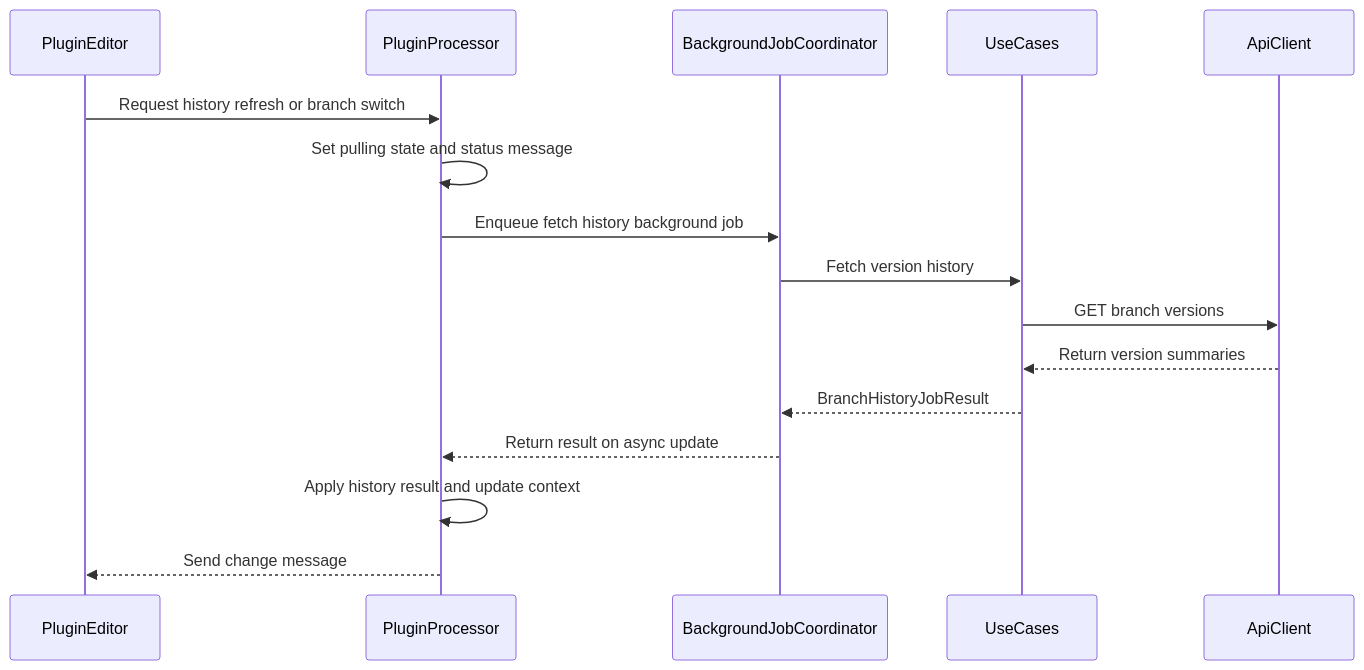
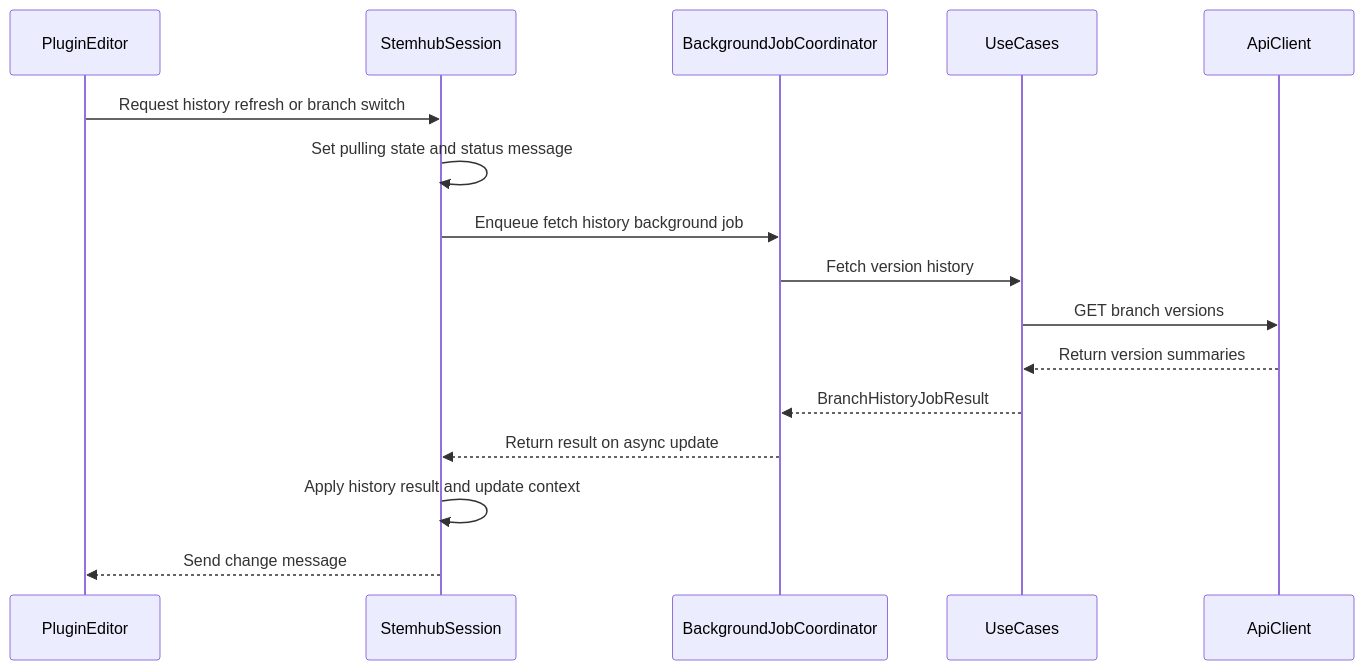
Before and after one commit to stemhub-org/Stemhub: the third of 3 diagrams in docs/plugin-data-flow.md, drawn with Mermaid. The commit also changed other lines of this file and 20 other files, not shown here.

First line of the commit message:
refactor(plugin): move the session out of the processor, typed statuses (#264)

````diff
--- a/docs/plugin-data-flow.md
+++ b/docs/plugin-data-flow.md
@@ -187,19 +198,19 @@
 ```mermaid
 sequenceDiagram
     participant E as PluginEditor
-    participant P as PluginProcessor
+    participant P as StemhubSession
     participant J as BackgroundJobCoordinator
     participant V as UseCases
     participant A as ApiClient
 
     E->>P: Request history refresh or branch switch
     P->>P: Set pulling state and status message
     P->>J: Enqueue fetch history background job
     J->>V: Fetch version history
     V->>A: GET branch versions
     A-->>V: Return version summaries
     V-->>J: BranchHistoryJobResult
     J-->>P: Return result on async update
     P->>P: Apply history result and update context
     P-->>E: Send change message
 ```
````
